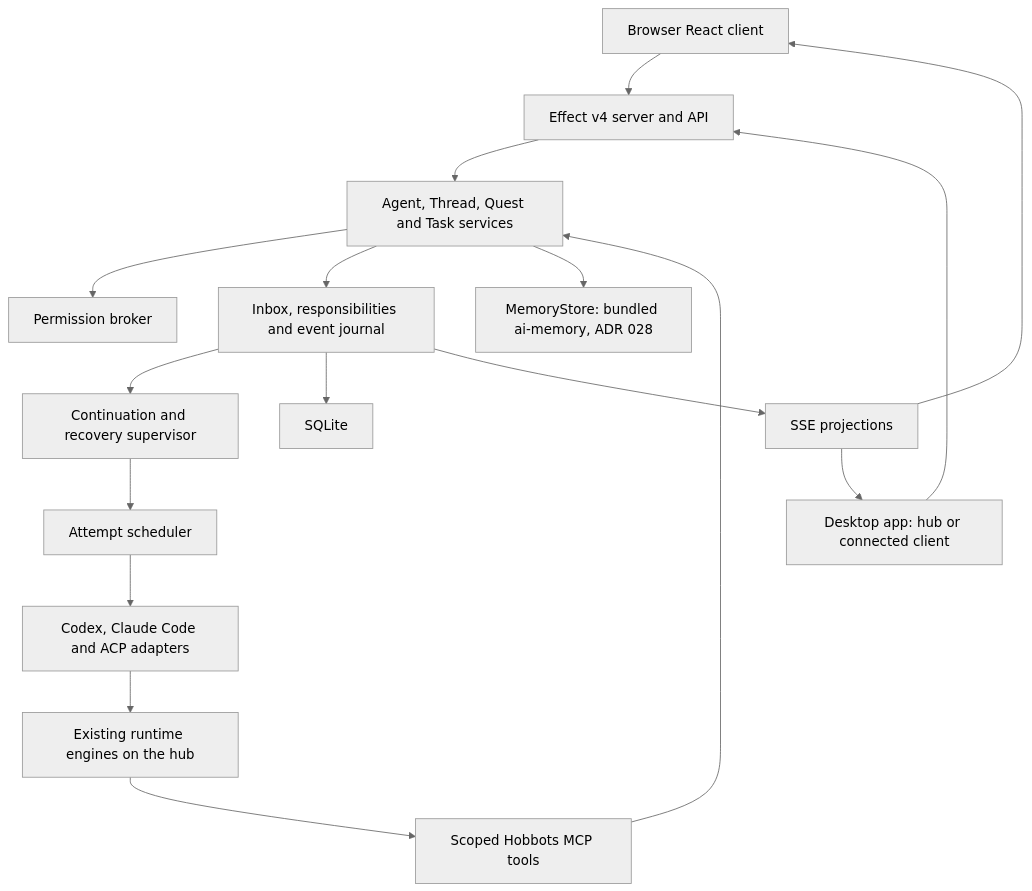
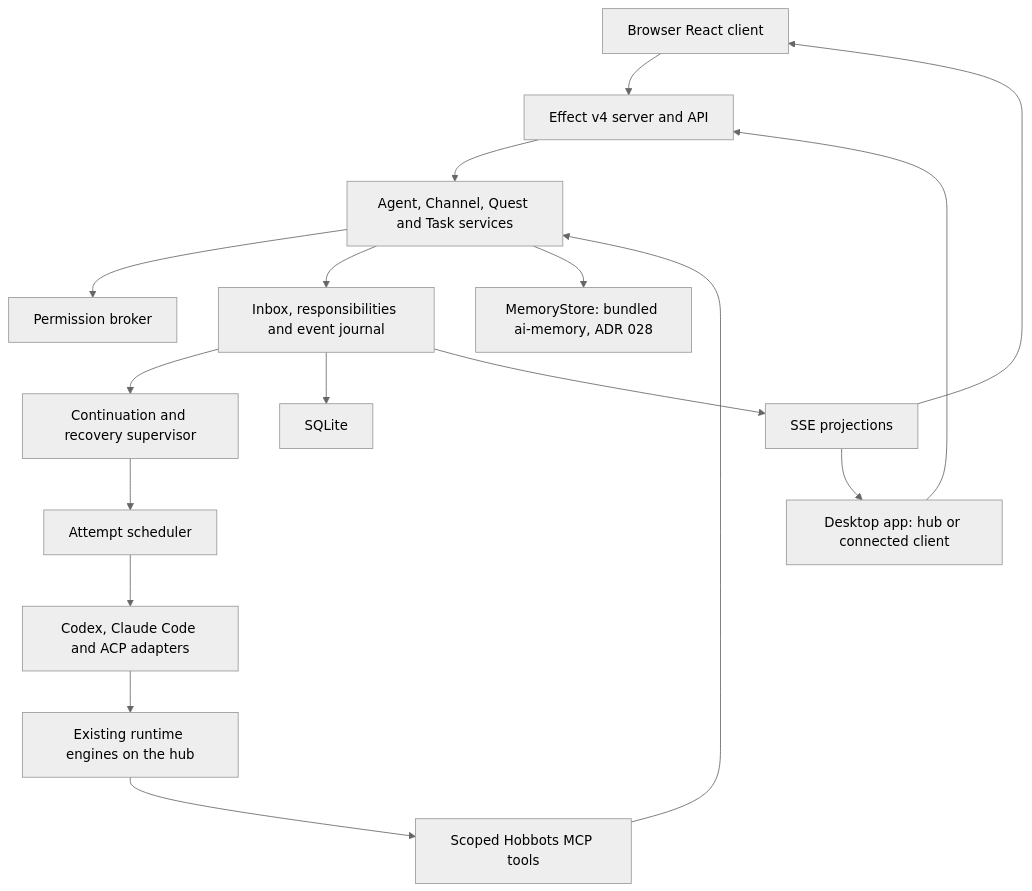
The diagram in docs/architecture/overview.md (otaviobarros/hobbots), drawn with Mermaid (neutral theme) before and after one commit. The commit also changed other lines of this file and 882 other files, not shown here.

````diff
--- a/docs/architecture/overview.md
+++ b/docs/architecture/overview.md
@@ -5,19 +5,19 @@
 ```mermaid
 flowchart TB
   Browser[Browser React client] --> API[Effect v4 server and API]
   Electron[Desktop app: hub or connected client] --> API
-  API --> Domain[Agent, Thread, Quest and Task services]
+  API --> Domain[Agent, Channel, Quest and Task services]
   Domain --> Policy[Permission broker]
   Domain --> Durable[Inbox, responsibilities and event journal]
   Durable --> Supervisor[Continuation and recovery supervisor]
   Supervisor --> Scheduler[Attempt scheduler]
   Scheduler --> Adapter[Codex, Claude Code and ACP adapters]
   Adapter --> Engines[Existing runtime engines on the hub]
   Engines --> MCP[Scoped Hobbots MCP tools]
   MCP --> Domain
   Durable --> SQL[SQLite]
   Domain --> Memory[MemoryStore: bundled ai-memory, ADR 028]
   Durable --> Events[SSE projections]
   Events --> Browser
   Events --> Electron
 ```
````
